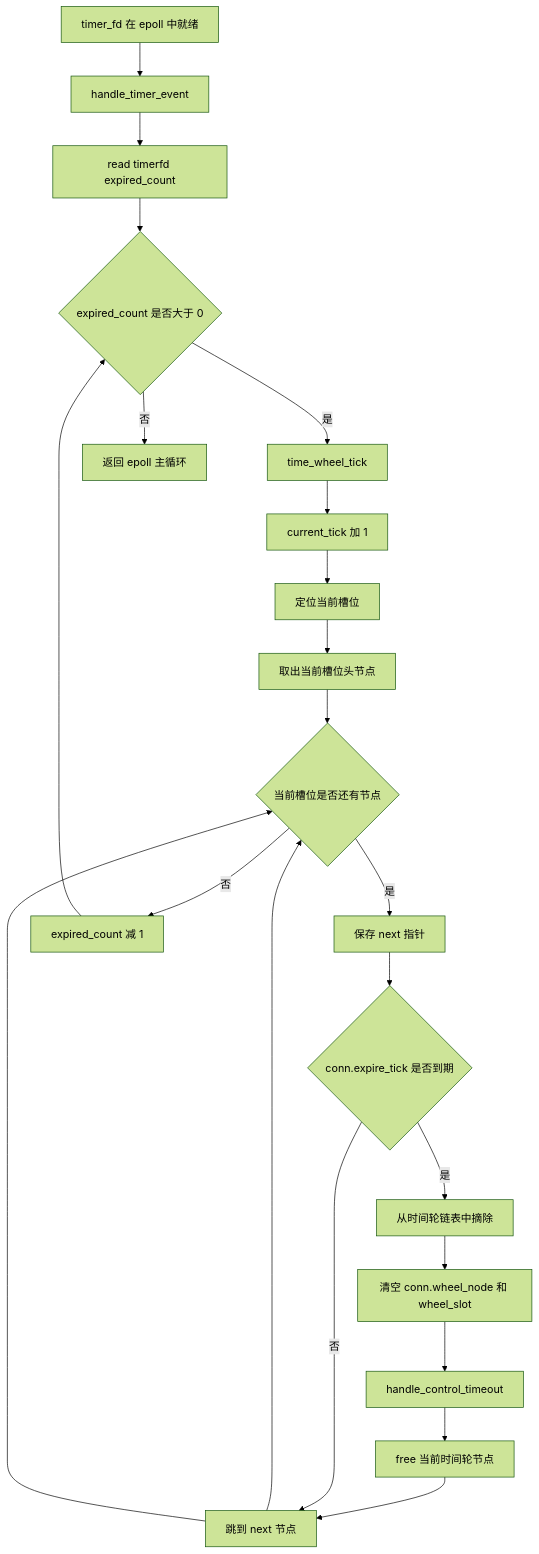
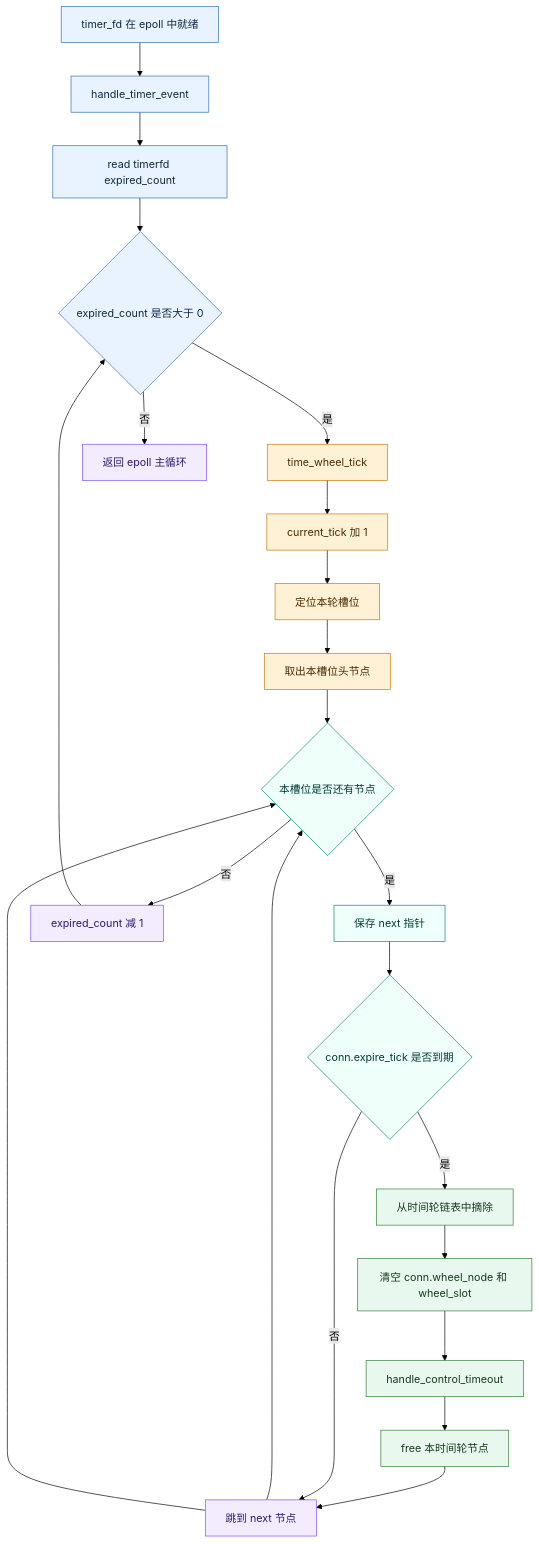
Diagram 19 of 20 in docs/V5全流程活动图详解.md (panlong-studio/WindCloud_V4), drawn with Mermaid (forest theme) before and after one commit. The commit also changed other lines of this file and 5 other files, not shown here.

````diff
--- a/docs/V5全流程活动图详解.md
+++ b/docs/V5全流程活动图详解.md
@@ -983,29 +1211,41 @@
 ```mermaid
 flowchart TD
     T0[timer_fd 在 epoll 中就绪]
     T1[handle_timer_event]
     T2[read timerfd expired_count]
     T3{expired_count 是否大于 0}
     T4[time_wheel_tick]
     T5[current_tick 加 1]
-    T6[定位当前槽位]
-    T7[取出当前槽位头节点]
-    T8{当前槽位是否还有节点}
+    T6[定位本轮槽位]
+    T7[取出本槽位头节点]
+    T8{本槽位是否还有节点}
     T9[保存 next 指针]
     T10{conn.expire_tick 是否到期}
     T11[从时间轮链表中摘除]
     T12[清空 conn.wheel_node 和 wheel_slot]
     T13[handle_control_timeout]
-    T14[free 当前时间轮节点]
+    T14[free 本时间轮节点]
     T15[跳到 next 节点]
     T16[expired_count 减 1]
     T17[返回 epoll 主循环]
 
     T0 --> T1 --> T2 --> T3
     T3 -- 否 --> T17
     T3 -- 是 --> T4 --> T5 --> T6 --> T7 --> T8
     T8 -- 否 --> T16 --> T3
     T8 -- 是 --> T9 --> T10
     T10 -- 是 --> T11 --> T12 --> T13 --> T14 --> T15 --> T8
     T10 -- 否 --> T15 --> T8
+    classDef phase1 fill:#E8F3FF,stroke:#2F6FB6,color:#102A43
+    classDef phase2 fill:#FFF1D6,stroke:#C77700,color:#4A2B00
+    classDef phase3 fill:#EFFFFA,stroke:#00897B,color:#003D35
+    classDef phase4 fill:#E9F8EF,stroke:#2E7D32,color:#173B1A
+    classDef phase5 fill:#F3ECFF,stroke:#7C4DFF,color:#2D1B69
+    classDef fail fill:#FFECEC,stroke:#C62828,color:#4A0D0D
+
+    class T0,T1,T2,T3 phase1
+    class T4,T5,T6,T7 phase2
+    class T8,T9,T10 phase3
+    class T11,T12,T13,T14 phase4
+    class T15,T16,T17 phase5
 ```
````
